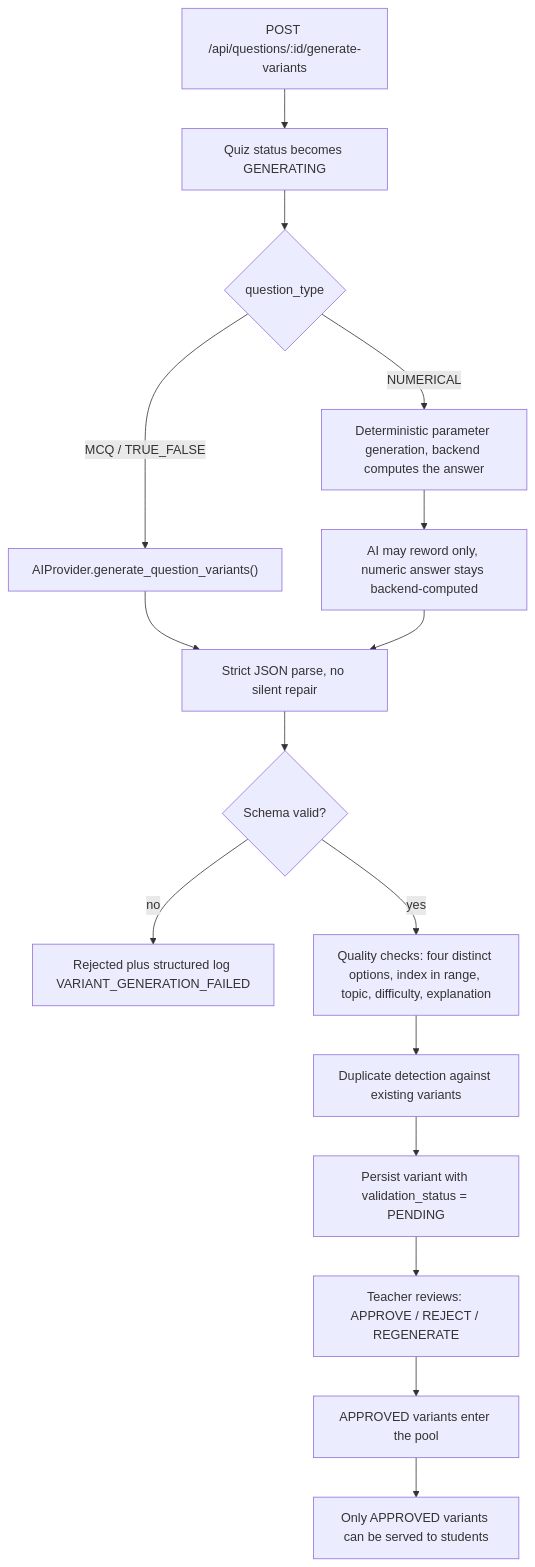
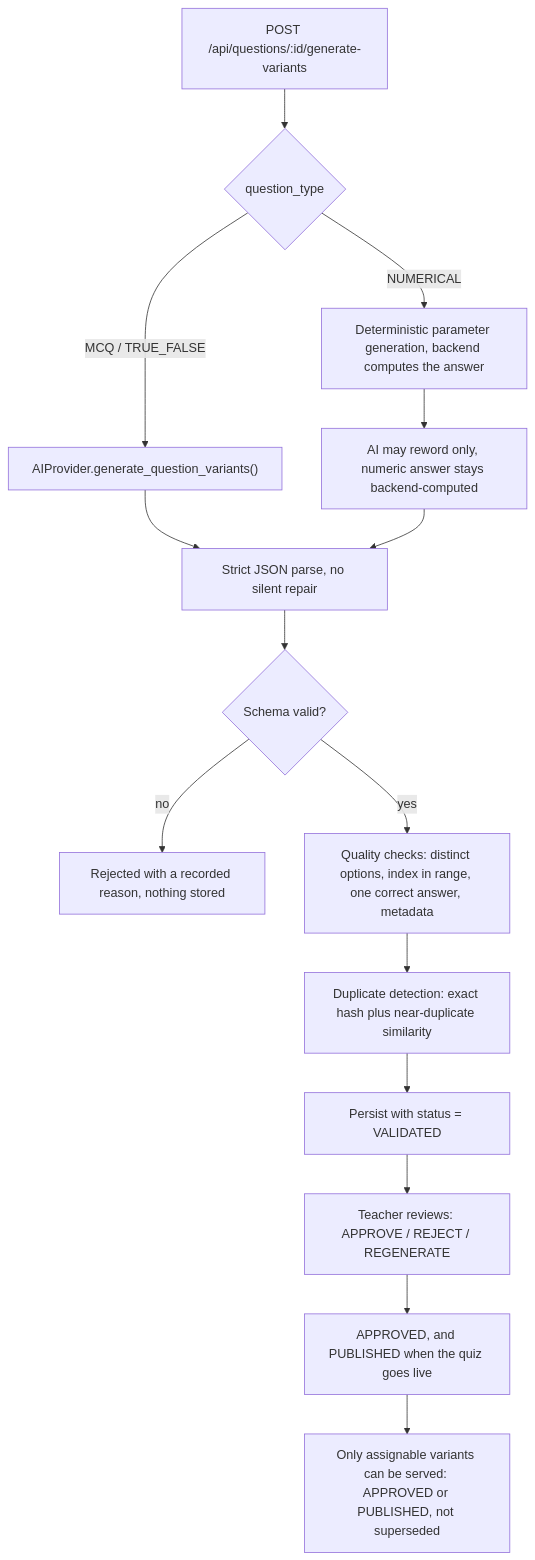
One commit to 711nishtha/invigilate changed the fourth of 9 diagrams in docs/architecture.md. Above: the diagram before and after it, drawn with Mermaid. The commit also changed other lines of this file and 50 other files, not shown here.

````diff
--- a/docs/architecture.md
+++ b/docs/architecture.md
@@ -114,18 +118,17 @@
 ```mermaid
 flowchart TD
-    A["POST /api/questions/:id/generate-variants"] --> B["Quiz status becomes GENERATING"]
-    B --> C{"question_type"}
+    A["POST /api/questions/:id/generate-variants"] --> C{"question_type"}
     C -- NUMERICAL --> D["Deterministic parameter generation, backend computes the answer"]
     C -- "MCQ / TRUE_FALSE" --> E["AIProvider.generate_question_variants()"]
     D --> E2["AI may reword only, numeric answer stays backend-computed"]
     E --> F["Strict JSON parse, no silent repair"]
     E2 --> F
     F --> G{"Schema valid?"}
-    G -- no --> X["Rejected plus structured log VARIANT_GENERATION_FAILED"]
-    G -- yes --> H["Quality checks: four distinct options, index in range, topic, difficulty, explanation"]
-    H --> I["Duplicate detection against existing variants"]
-    I --> J["Persist variant with validation_status = PENDING"]
+    G -- no --> X["Rejected with a recorded reason, nothing stored"]
+    G -- yes --> H["Quality checks: distinct options, index in range, one correct answer, metadata"]
+    H --> I["Duplicate detection: exact hash plus near-duplicate similarity"]
+    I --> J["Persist with status = VALIDATED"]
     J --> K["Teacher reviews: APPROVE / REJECT / REGENERATE"]
-    K --> L["APPROVED variants enter the pool"]
-    L --> M["Only APPROVED variants can be served to students"]
+    K --> L["APPROVED, and PUBLISHED when the quiz goes live"]
+    L --> M["Only assignable variants can be served: APPROVED or PUBLISHED, not superseded"]
 ```
````
